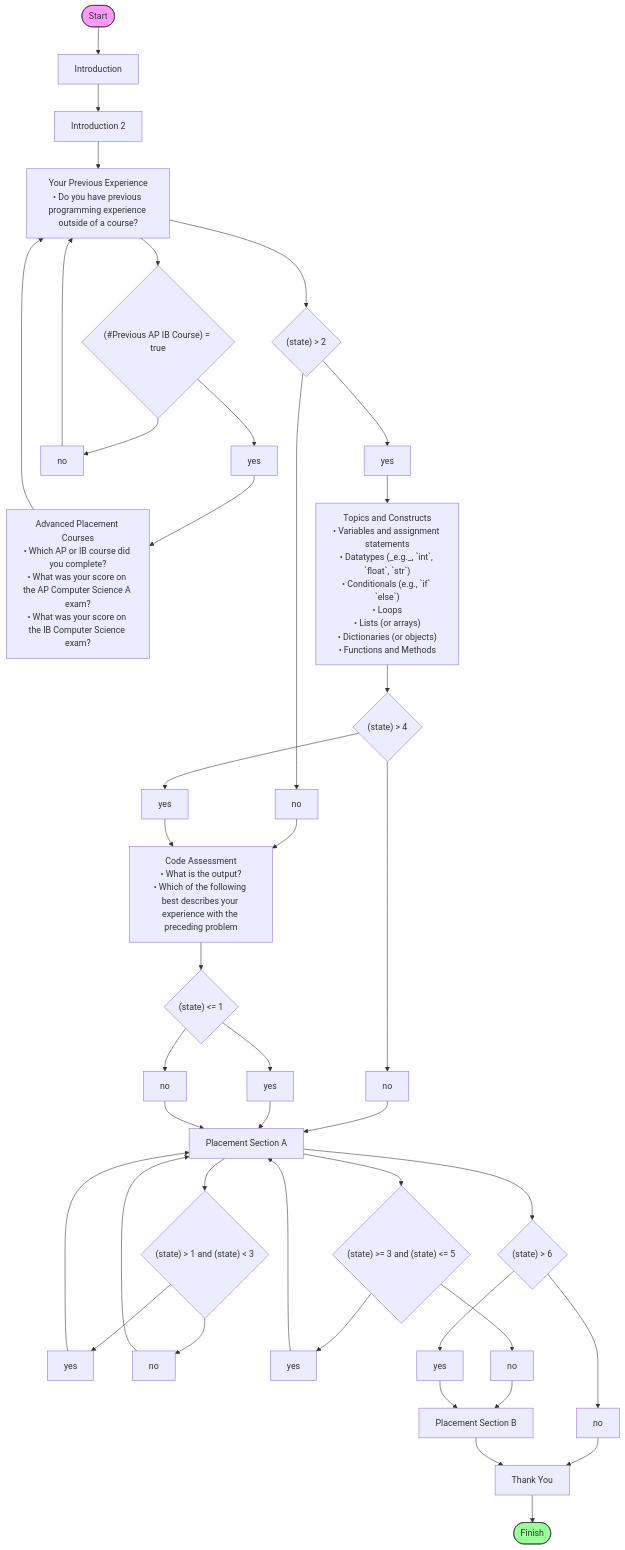
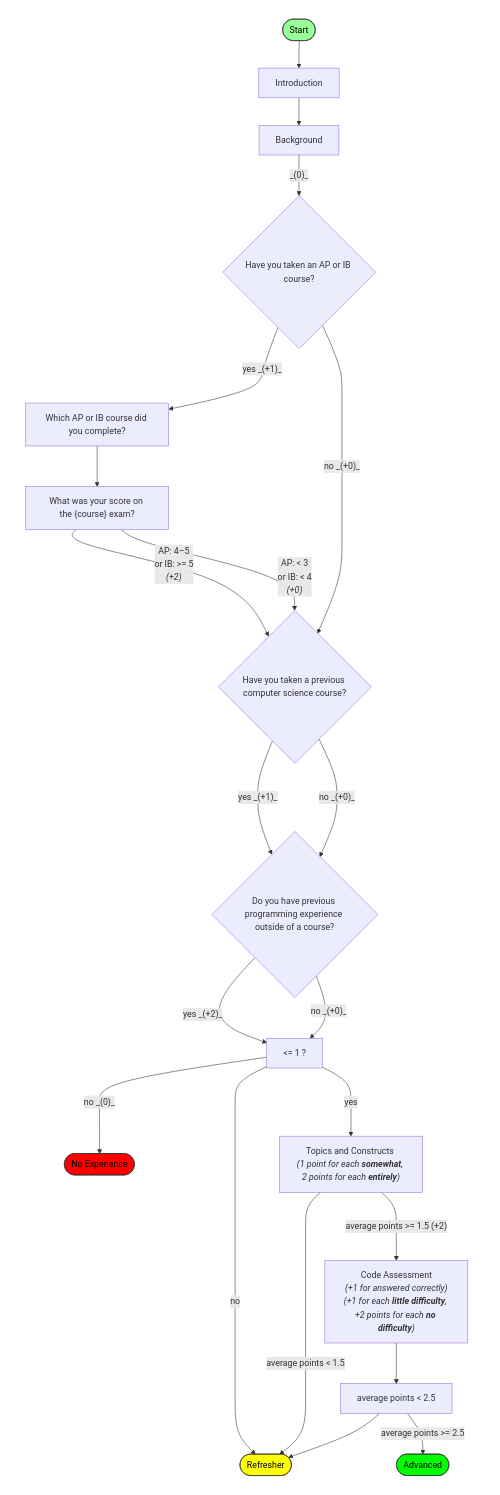
The diagram in cis-placement/diagrams/flowchart.mmd (sonylnagale/cis-2300-placement), drawn with Mermaid before and after one commit. The commit also changed 5 other files, not shown here.

Commit message:
Flowchart

```diff
--- a/cis-placement/diagrams/flowchart.mmd
+++ b/cis-placement/diagrams/flowchart.mmd
@@ -1,78 +1,69 @@
-flowchart TD
-  Start([Start])
-  introduction["Introduction"]
-  introduction_2["Introduction 2"]
-  your_previous_experience["Your Previous Experience<br/>• Have you taken a previous computer science course?<br/>• Have you taken an AP or IB course?"]
-  advanced_placement_courses["Advanced Placement Courses<br/>• Which AP or IB course did you complete?<br/>• What was your score on the AP Computer Science A exam?<br/>• What was your score on the IB Computer Science exam?"]
-  your_previous_experience["Your Previous Experience<br/>• Do you have previous programming experience outside of a course?"]
-  topics_and_constructs["Topics and Constructs<br/>• Variables and assignment statements<br/>• Datatypes (_e.g._, `int`, `float`, `str`)<br/>• Conditionals (e.g., `if` `else`)<br/>• Loops<br/>• Lists (or arrays)<br/>• Dictionaries (or objects)<br/>• Functions and Methods"]
-  code_assessment["Code Assessment<br/>• What is the output?<br/>• Which of the following best describes your experience with the preceding problem"]
-  placement_section_a["Placement Section A"]
-  placement_section_a["Placement Section A"]
-  placement_section_a["Placement Section A"]
-  placement_section_b["Placement Section B"]
-  thank_you["Thank You"]
-  Start --> introduction
-  introduction --> introduction_2
-  introduction_2 --> your_previous_experience
-  dec_3{"(#Previous AP IB Course) = true"}
-  your_previous_experience --> dec_3
-  dec_3_yes["yes"]
-  dec_3_no["no"]
-  dec_3 --> dec_3_yes
-  dec_3_yes --> advanced_placement_courses
-  dec_3 --> dec_3_no
-  dec_3_no --> your_previous_experience
-  advanced_placement_courses --> your_previous_experience
-  dec_5{"(state) > 2"}
-  your_previous_experience --> dec_5
-  dec_5_yes["yes"]
-  dec_5_no["no"]
-  dec_5 --> dec_5_yes
-  dec_5_yes --> topics_and_constructs
-  dec_5 --> dec_5_no
-  dec_5_no --> code_assessment
-  dec_6{"(state) > 4"}
-  topics_and_constructs --> dec_6
-  dec_6_yes["yes"]
-  dec_6_no["no"]
-  dec_6 --> dec_6_yes
-  dec_6_yes --> code_assessment
-  dec_6 --> dec_6_no
-  dec_6_no --> placement_section_a
-  dec_7{"(state) <= 1"}
-  code_assessment --> dec_7
-  dec_7_yes["yes"]
-  dec_7_no["no"]
-  dec_7 --> dec_7_yes
-  dec_7_yes --> placement_section_a
-  dec_7 --> dec_7_no
-  dec_7_no --> placement_section_a
-  dec_8{"(state) > 1 and (state) < 3"}
-  placement_section_a --> dec_8
-  dec_8_yes["yes"]
-  dec_8_no["no"]
-  dec_8 --> dec_8_yes
-  dec_8_yes --> placement_section_a
-  dec_8 --> dec_8_no
-  dec_8_no --> placement_section_a
-  dec_9{"(state) >= 3 and (state) <= 5"}
-  placement_section_a --> dec_9
-  dec_9_yes["yes"]
-  dec_9_no["no"]
-  dec_9 --> dec_9_yes
-  dec_9_yes --> placement_section_a
-  dec_9 --> dec_9_no
-  dec_9_no --> placement_section_b
-  dec_10{"(state) > 6"}
-  placement_section_a --> dec_10
-  dec_10_yes["yes"]
-  dec_10_no["no"]
-  dec_10 --> dec_10_yes
-  dec_10_yes --> placement_section_b
-  dec_10 --> dec_10_no
-  dec_10_no --> thank_you
-  placement_section_b --> thank_you
-  thank_you --> Finish([Finish])
-  style Start fill:#f9f,stroke:#333,stroke-width:1px
-  style Finish fill:#9f9,stroke:#333,stroke-width:1px
+---
+config:
+  flowchart:
+    curve: basis
+    theme: default
+---
+
+flowchart TB
+  
+  subgraph C["&nbsp;"]
+    your_previous_experience{"Do you have previous programming experience outside of a course?"} -- yes _(+2)_ --> condition
+    your_previous_experience{"Do you have previous programming experience outside of a course?"} -- no _(+0)_ --> condition
+  end
+  
+  score -- "`AP: 4–5 
+    or IB: >= 5 
+    _(+2)_`"  --> Course
+  score -- "`AP: < 3 
+  or IB: < 4 
+  _(+0)_`" --> Course
+  Course -- yes _(+1)_--> your_previous_experience
+  
+  
+  subgraph F["&nbsp;"]
+   condition -- no  _(0)_ --> End_A(["No Experience"])
+  end
+  condition[" <= 1 ?"] -- no --> End_B
+  topics_and_constructs -- average points < 1.5  --> End_B(["Refresher"])
+
+  condition -- yes --> topics_and_constructs
+  topics_and_constructs["`Topics and Constructs 
+  _(1 point for each **somewhat**, 2 points for each **entirely**)_
+  `"]
+
+  subgraph A["&nbsp;"]
+      Start([Start]) --> introduction["Introduction"]
+      introduction --> background["Background"]
+      background -- _(0)_ --> AP{"Have you taken an AP or IB course?"}
+      AP -- no _(+0)_ --> Course{"Have you taken a previous computer science course?"}
+      Course -- no _(+0)_ --> your_previous_experience
+  end
+  
+  subgraph B["&nbsp;"]
+    AP -- yes _(+1)_ --> which_AP["Which AP or IB course did you complete?"]
+    which_AP --> score["What was your score on the {course} exam?"]
+  end
+
+  topics_and_constructs["`Topics and Constructs 
+    _(1 point for each **somewhat**, 2 points for each **entirely**)_
+    `"] -- average points >= 1.5 (+2) --> code_assessment
+  
+  subgraph E["&nbsp;"]
+    code_assessment["`Code Assessment
+    _(+1 for answered correctly)_
+    _(+1 for each **little difficulty**, +2 points for each **no difficulty**)_
+    `"] --> condition2[" average points < 2.5 "] --> End_B
+    condition2 -- average points >= 2.5 --> End_C 
+    End_C(["Advanced"])
+  end
+  style A fill:none,stroke:none
+  style B fill:none,stroke:none
+  style C fill:none,stroke:none
+  style E fill:none,stroke:none
+  style F fill:none,stroke:none
+  style Start fill:#9f9,stroke:#333,stroke-width:1px,color:#000
+  style End_A fill:#f00,stroke:#333,stroke-width:1px,color:#000
+  style End_B fill:#ff0,stroke:#333,stroke-width:1px,color:#000
+  style End_C fill:#0f0,stroke:#333,stroke-width:1px,color:#000
+  %% style End_C fill:#0f0,stroke:#333,stroke-width:1px,color:#000
```
